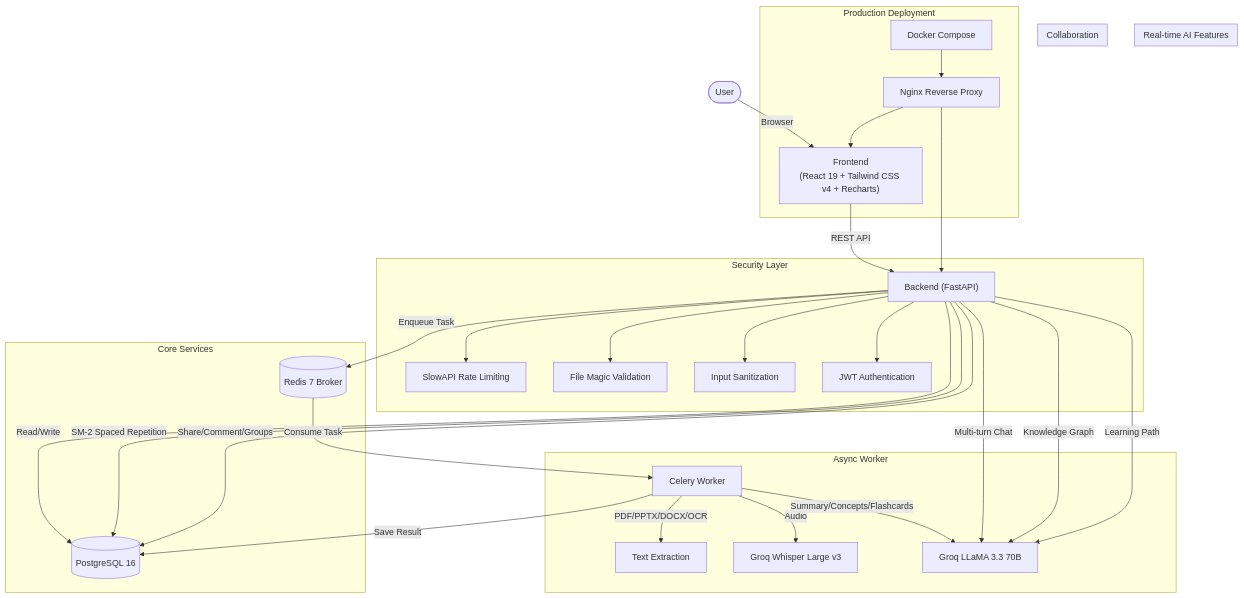
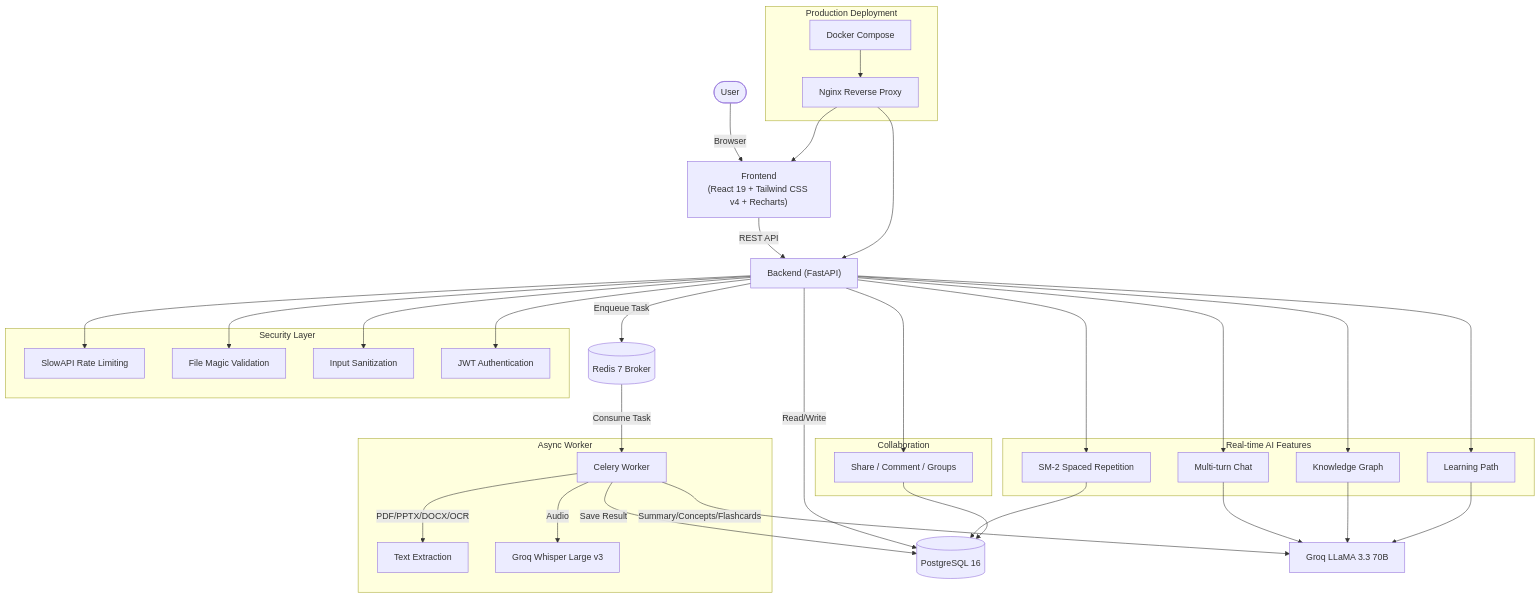
Before and after one commit to cz2112/ai-: the diagram in README.md, drawn with Mermaid.

````diff
--- a/README.md
+++ b/README.md
@@ -43,42 +43,63 @@
 ```mermaid
 graph TD
     User([User]) -->|Browser| Client["Frontend<br/>(React 19 + Tailwind CSS v4 + Recharts)"]
     Client -->|REST API| API["Backend (FastAPI)"]
 
+    DB[(PostgreSQL 16)]
+    Redis[(Redis 7 Broker)]
+    Groq["Groq LLaMA 3.3 70B"]
+
     subgraph Security["Security Layer"]
-        API --> RateLimit["SlowAPI Rate Limiting"]
-        API --> FileValid["File Magic Validation"]
-        API --> Sanitize["Input Sanitization"]
-        API --> JWT["JWT Authentication"]
+        RateLimit["SlowAPI Rate Limiting"]
+        FileValid["File Magic Validation"]
+        Sanitize["Input Sanitization"]
+        JWT["JWT Authentication"]
     end
 
-    subgraph Core["Core Services"]
-        API -->|Read/Write| DB[(PostgreSQL 16)]
-        API -->|Enqueue Task| Redis[(Redis 7 Broker)]
+    API --> RateLimit
+    API --> FileValid
+    API --> Sanitize
+    API --> JWT
+
+    API -->|Read/Write| DB
+    API -->|Enqueue Task| Redis
+
+    subgraph AsyncWorker["Async Worker"]
+        Worker[Celery Worker]
+        Extract[Text Extraction]
+        Whisper["Groq Whisper Large v3"]
     end
 
-    subgraph AsyncWorker["Async Worker"]
-        Redis -->|Consume Task| Worker[Celery Worker]
-        Worker -->|PDF/PPTX/DOCX/OCR| Extract[Text Extraction]
-        Worker -->|Audio| Whisper["Groq Whisper Large v3"]
-        Worker -->|Summary/Concepts/Flashcards| Groq["Groq LLaMA 3.3 70B"]
-        Worker -->|Save Result| DB
+    Redis -->|Consume Task| Worker
+    Worker -->|PDF/PPTX/DOCX/OCR| Extract
+    Worker -->|Audio| Whisper
+    Worker -->|Summary/Concepts/Flashcards| Groq
+    Worker -->|Save Result| DB
+
+    subgraph AIFeatures["Real-time AI Features"]
+        Chat["Multi-turn Chat"]
+        KGraph["Knowledge Graph"]
+        LPath["Learning Path"]
+        SM2["SM-2 Spaced Repetition"]
     end
 
-    subgraph AIFeatures["Real-time AI Features"]
-        API -->|Multi-turn Chat| Groq
-        API -->|Knowledge Graph| Groq
-        API -->|Learning Path| Groq
-        API -->|SM-2 Spaced Repetition| DB
+    API --> Chat --> Groq
+    API --> KGraph --> Groq
+    API --> LPath --> Groq
+    API --> SM2 --> DB
+
+    subgraph Collaboration["Collaboration"]
+        Share["Share / Comment / Groups"]
     end
 
-    subgraph Collaboration["Collaboration"]
-        API -->|Share/Comment/Groups| DB
+    API --> Share --> DB
+
+    subgraph Deploy["Production Deployment"]
+        Nginx["Nginx Reverse Proxy"]
+        Docker["Docker Compose"]
     end
 
-    subgraph Deploy["Production Deployment"]
-        Nginx["Nginx Reverse Proxy"] --> API
-        Nginx --> Client
-        Docker["Docker Compose"] --> Nginx
-    end
+    Docker --> Nginx
+    Nginx --> API
+    Nginx --> Client
 ```
````
